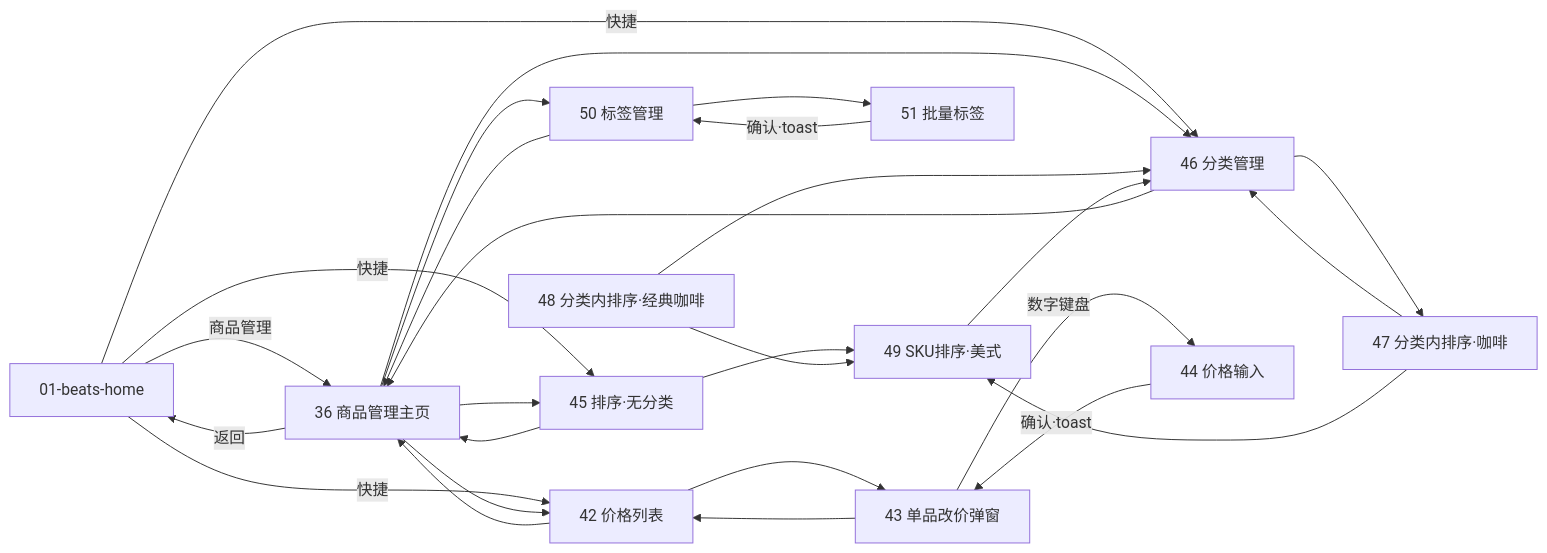
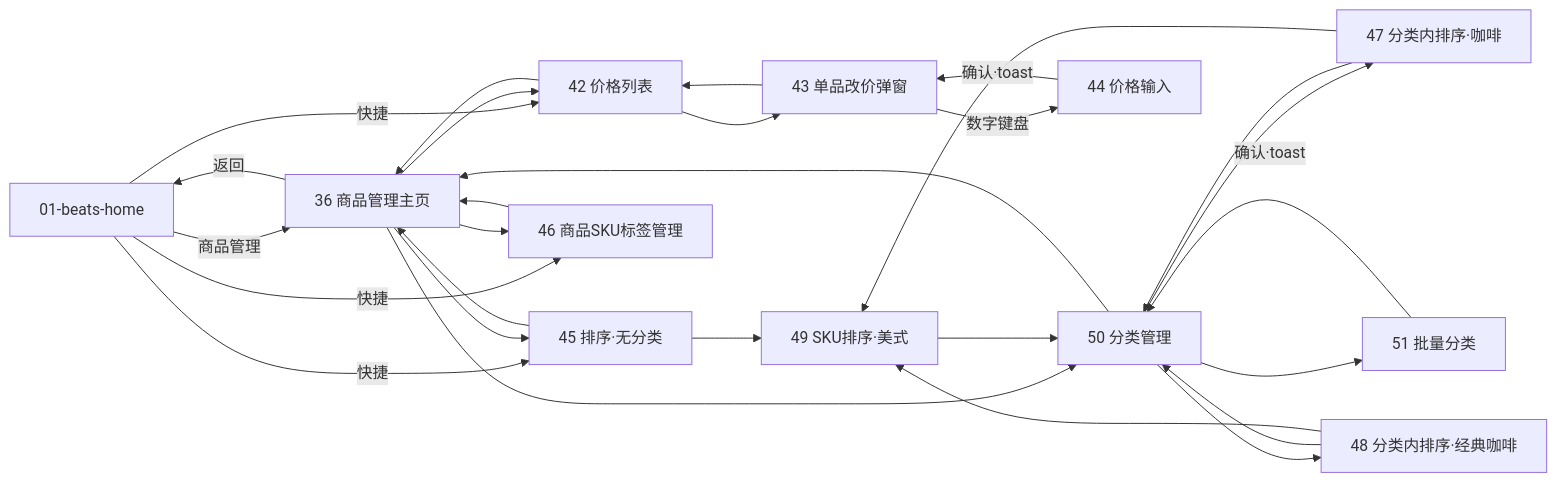
The second of 5 diagrams in 架构与页面逻辑.md (nicozhan/iot-android-screen), drawn with Mermaid before and after one commit. The commit also changed other lines of this file and 9 other files, not shown here.

First line of the commit message:
分类管理归位：50 页从「标签管理」改回「分类管理」，全链路只管理分类

````diff
--- a/架构与页面逻辑.md
+++ b/架构与页面逻辑.md
@@ -79,33 +79,34 @@
 ```mermaid
 graph LR
   HOME[01-beats-home] -->|商品管理| P36[36 商品管理主页]
   HOME -->|快捷| P42[42 价格列表]
   HOME -->|快捷| P45[45 排序·无分类]
-  HOME -->|快捷| P46[46 分类管理]
+  HOME -->|快捷| P46[46 商品SKU标签管理]
 
   P36 -->|返回| HOME
   P36 --> P42
   P36 --> P45
   P36 --> P46
-  P36 --> P50[50 标签管理]
+  P36 --> P50[50 分类管理]
 
   P42 --> P36
   P42 --> P43[43 单品改价弹窗]
   P43 --> P42
   P43 -->|数字键盘| P44[44 价格输入]
   P44 -->|确认·toast| P43
 
+  P46 --> P36
   P45 --> P36
   P45 --> P49[49 SKU排序·美式]
-  P46 --> P36
-  P46 --> P47[47 分类内排序·咖啡]
-  P47 --> P46
+  P50 --> P36
+  P50 --> P47[47 分类内排序·咖啡]
+  P50 --> P48[48 分类内排序·经典咖啡]
+  P47 --> P50
   P47 --> P49
-  P48[48 分类内排序·经典咖啡] --> P46
+  P48 --> P50
   P48 --> P49
-  P49 --> P46
+  P49 --> P50
 
-  P50 --> P36
-  P50 --> P51[51 批量标签]
+  P50 --> P51[51 批量分类]
   P51 -->|确认·toast| P50
 ```
````
